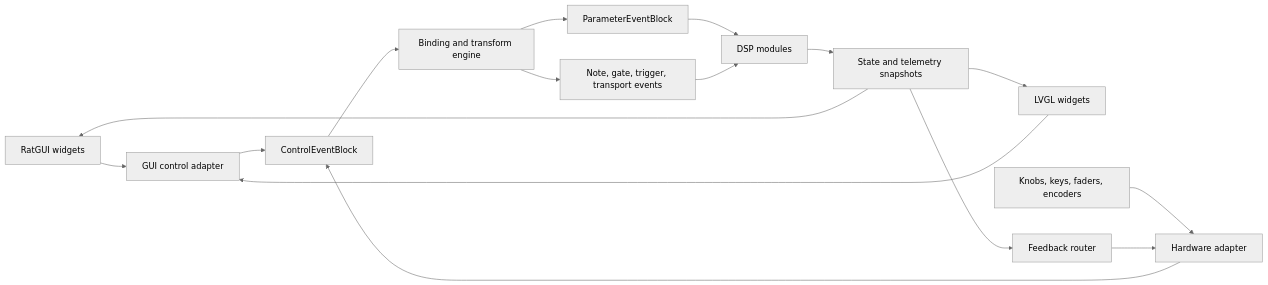
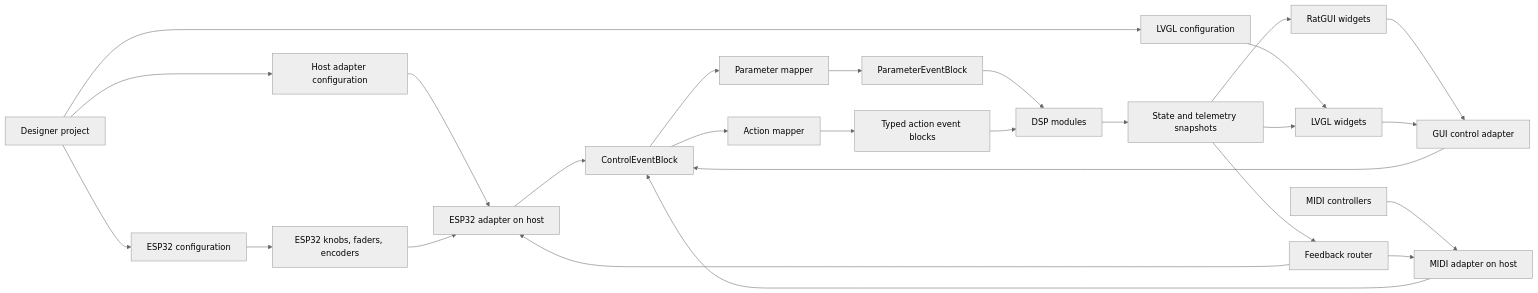
Before and after one commit to mattih11/MusicRaT: the diagram in docs/APPLICATION_DESIGNER.md, drawn with Mermaid (neutral theme). The commit also changed other lines of this file and 129 other files, not shown here.

Commit message:
Add interactive audio graph and EVL packaging support

````diff
--- a/docs/APPLICATION_DESIGNER.md
+++ b/docs/APPLICATION_DESIGNER.md
@@ -68,18 +73,28 @@
 ```mermaid
 flowchart LR
+   Project[Designer project] --> ESPConfig[ESP32 configuration]
+   Project --> HostConfig[Host adapter configuration]
+   Project --> LVGLConfig[LVGL configuration]
     RatGUI[RatGUI widgets] --> UIAdapter[GUI control adapter]
-    LVGL[LVGL widgets] --> UIAdapter
-    Hardware[Knobs, keys, faders, encoders] --> DeviceAdapter[Hardware adapter]
+   LVGLConfig --> LVGL[LVGL widgets]
+   LVGL --> UIAdapter
+   ESPConfig --> ESP32[ESP32 knobs, faders, encoders]
+   HostConfig --> ESPAdapter[ESP32 adapter on host]
+   ESP32 --> ESPAdapter
+   MIDI[MIDI controllers] --> MIDIAdapter[MIDI adapter on host]
     UIAdapter --> Controls[ControlEventBlock]
-    DeviceAdapter --> Controls
-    Controls --> Mapper[Binding and transform engine]
-    Mapper --> Parameters[ParameterEventBlock]
-    Mapper --> Notes[Note, gate, trigger, transport events]
+   ESPAdapter --> Controls
+   MIDIAdapter --> Controls
+   Controls --> ParameterMapper[Parameter mapper]
+   Controls --> ActionMapper[Action mapper]
+   ParameterMapper --> Parameters[ParameterEventBlock]
+   ActionMapper --> Actions[Typed action event blocks]
     Parameters --> Modules[DSP modules]
-    Notes --> Modules
+   Actions --> Modules
     Modules --> Telemetry[State and telemetry snapshots]
     Telemetry --> RatGUI
     Telemetry --> LVGL
     Telemetry --> Feedback[Feedback router]
-    Feedback --> DeviceAdapter
+   Feedback --> ESPAdapter
+   Feedback --> MIDIAdapter
 ```
````
